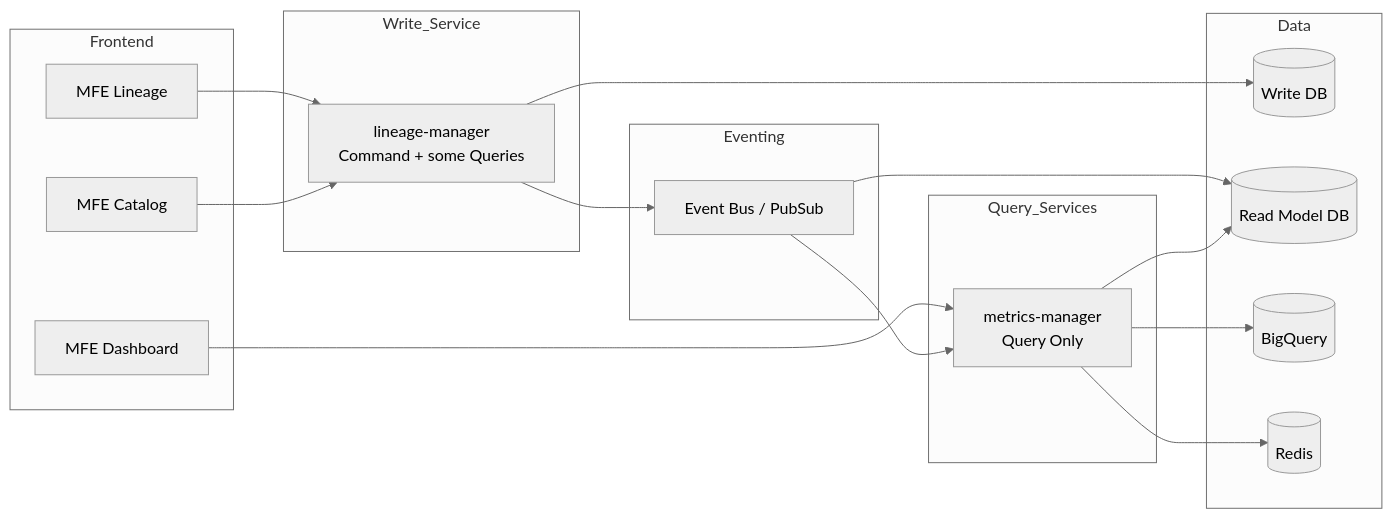
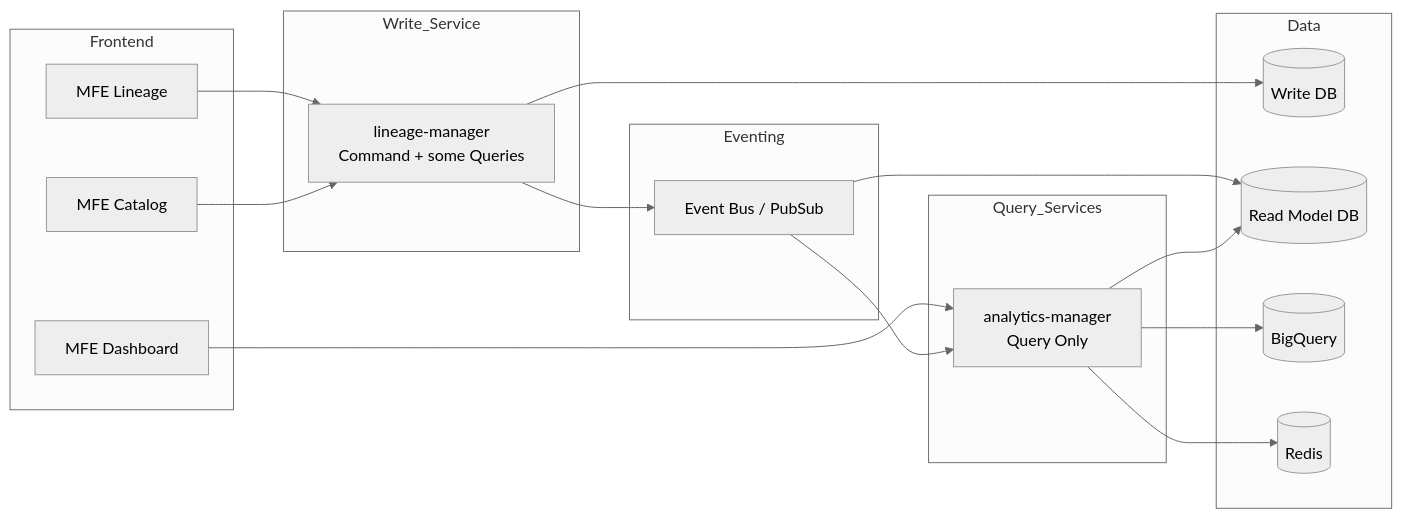
Before and after one commit to zer0pool/graph-viz: the first of 5 diagrams in apps/backend/ARCHITECTURE.md, drawn with Mermaid (neutral theme). The commit also changed other lines of this file and 122 other files, not shown here.

Commit message:
analytics-manager + lineage-manager-v2

````diff
--- a/apps/backend/ARCHITECTURE.md
+++ b/apps/backend/ARCHITECTURE.md
@@ -8,42 +8,42 @@
 ```mermaid
 flowchart LR
 
 subgraph Frontend
   F1[MFE Lineage]
   F2[MFE Dashboard]
   F3[MFE Catalog]
 end
 
 subgraph Write_Service
   LW[lineage-manager<br/>Command + some Queries]
 end
 
 subgraph Query_Services
-  MM[metrics-manager<br/>Query Only]
+  AM[analytics-manager<br/>Query Only]
 end
 
 subgraph Data
   WDB[(Write DB)]
   RDB[(Read Model DB)]
   BQ[(BigQuery)]
   REDIS[(Redis)]
 end
 
 subgraph Eventing
   BUS[Event Bus / PubSub]
 end
 
 F1 --> LW
 F3 --> LW
-F2 --> MM
+F2 --> AM
 
 LW --> WDB
 LW --> BUS
 
 BUS --> RDB
-BUS --> MM
+BUS --> AM
 
-MM --> BQ
-MM --> REDIS
-MM --> RDB
+AM --> BQ
+AM --> REDIS
+AM --> RDB
 ```
````
